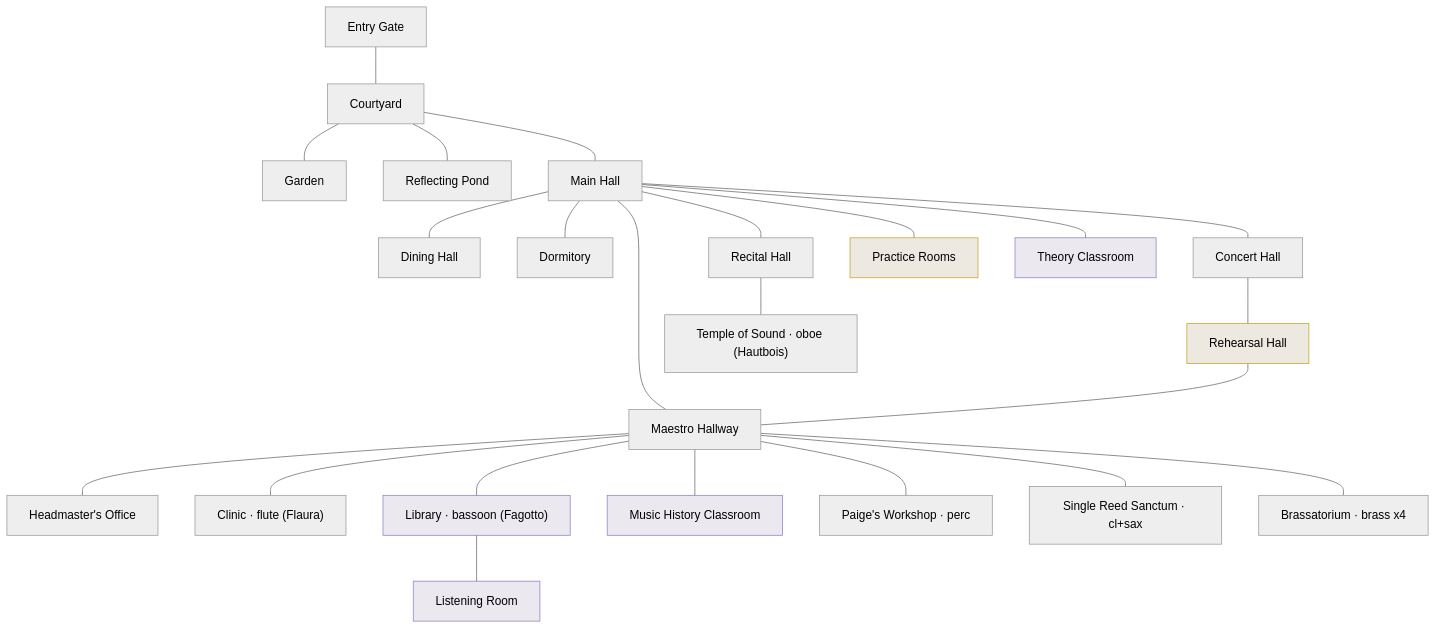
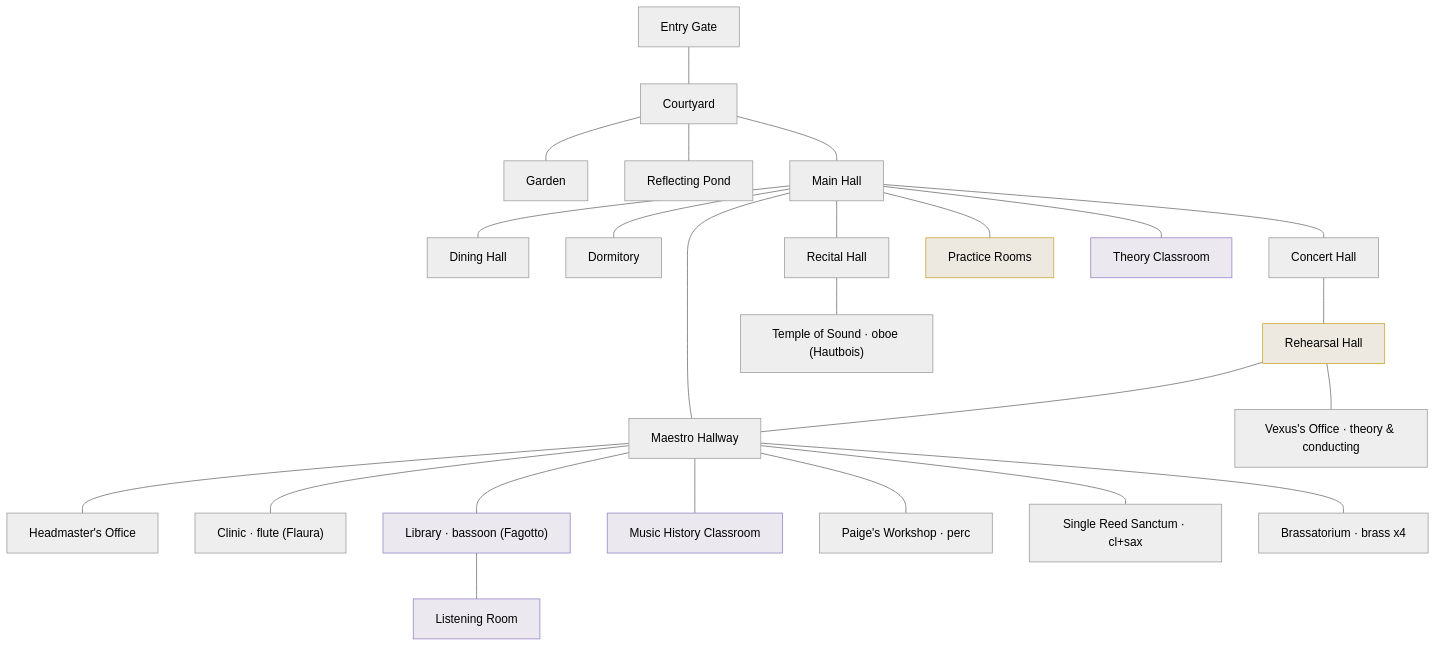
The diagram in docs/LOCATION_DESIGN_HARMONIA.md (clemonsmusic-eng/Symphonica-Band-Quest), drawn with Mermaid (neutral theme) before and after one commit. The commit also changed other lines of this file and 3 other files, not shown here.

````diff
--- a/docs/LOCATION_DESIGN_HARMONIA.md
+++ b/docs/LOCATION_DESIGN_HARMONIA.md
@@ -37,30 +37,31 @@
 ```mermaid
 graph TD
   gate[Entry Gate] --- court[Courtyard]
   court --- garden[Garden]
   court --- pond[Reflecting Pond]
   court --- main[Main Hall]
   main --- dining[Dining Hall]
   main --- dorm[Dormitory]
   main --- concert[Concert Hall]
   main --- recital[Recital Hall]
   main --- practice[Practice Rooms]
   main --- theory[Theory Classroom]
   main --- mhall[Maestro Hallway]
   concert --- rehearsal[Rehearsal Hall]
   rehearsal --- mhall
+  rehearsal --- vexus["Vexus's Office · theory &amp; conducting"]
   mhall --- head[Headmaster's Office]
   mhall --- clinic["Clinic · flute (Flaura)"]
   mhall --- library["Library · bassoon (Fagotto)"]
   mhall --- history[Music History Classroom]
   mhall --- paige["Paige's Workshop · perc"]
   mhall --- reeds["Single Reed Sanctum · cl+sax"]
   mhall --- brass["Brassatorium · brass x4"]
   library --- listening[Listening Room]
   recital --- oboe["Temple of Sound · oboe (Hautbois)"]
 
   classDef z1 fill:#7a5a1e22,stroke:#c9a227;
   classDef z2 fill:#6a5a8a22,stroke:#8f7ec2;
   class rehearsal,practice z1;
   class theory,library,listening,history z2;
 ```
````
